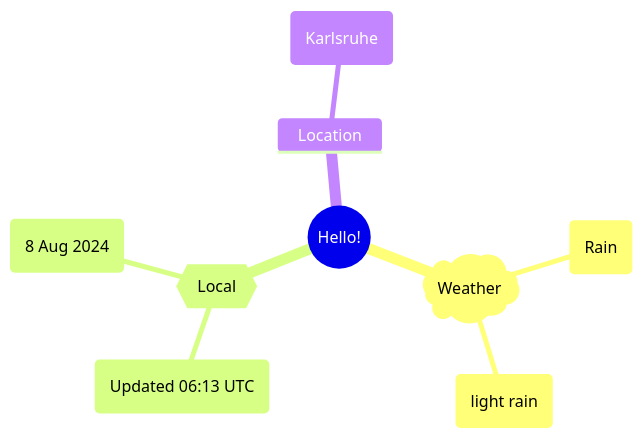
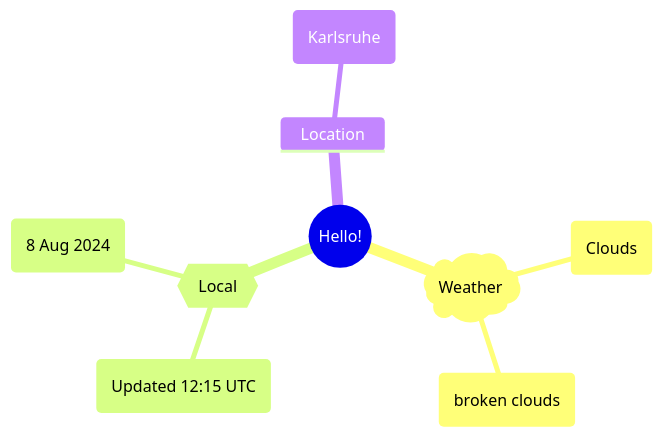
Before and after one commit to Xosrov/Xosrov: the first of 2 diagrams in README.md, drawn with Mermaid.

Commit message:
[bot] updated images

````diff
--- a/README.md
+++ b/README.md
@@ -3,12 +3,12 @@
 ```mermaid
 mindmap
   root((Hello!))
     )Weather(
-        (Rain)
-        (light rain)
+        (Clouds)
+        (broken clouds)
     {{Local}}
-        (Updated 06:13 UTC)
+        (Updated 12:15 UTC)
         (8 Aug 2024)
     Location
         (Karlsruhe)
 ```
````
